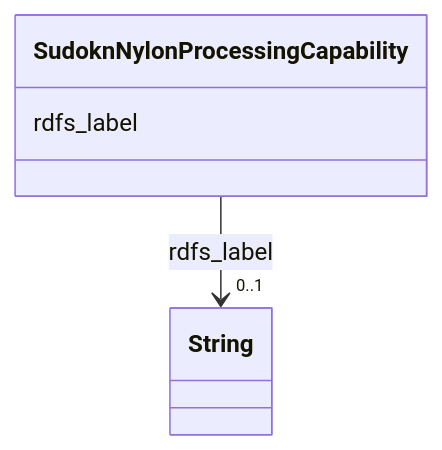
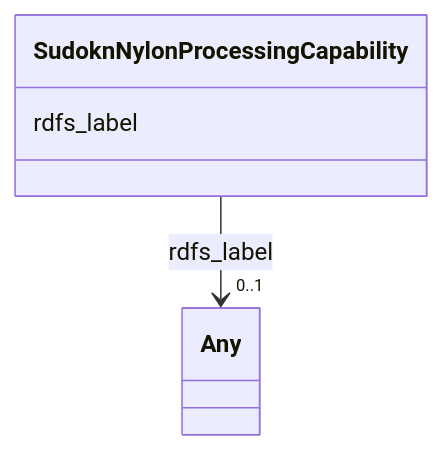
Before and after one commit to frink-okn/graph-descriptions: the diagram in sudokn-kg/classes/SudoknNylonProcessingCapability.md, drawn with Mermaid. The commit also changed other lines of this file and 903 other files, not shown here.

````diff
--- a/sudokn-kg/classes/SudoknNylonProcessingCapability.md
+++ b/sudokn-kg/classes/SudoknNylonProcessingCapability.md
@@ -23,15 +18,15 @@
 ```mermaid
  classDiagram
     class SudoknNylonProcessingCapability
     click SudoknNylonProcessingCapability href "../SudoknNylonProcessingCapability"
       SudoknNylonProcessingCapability : rdfs_label
         
           
     
     
-    SudoknNylonProcessingCapability --> "0..1" String : rdfs_label
-    click String href "../String"
+    SudoknNylonProcessingCapability --> "0..1" Any : rdfs_label
+    click Any href "../Any"
 
         
       
 ```
````
